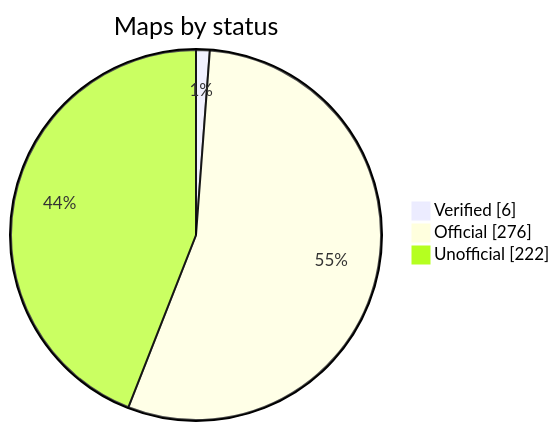
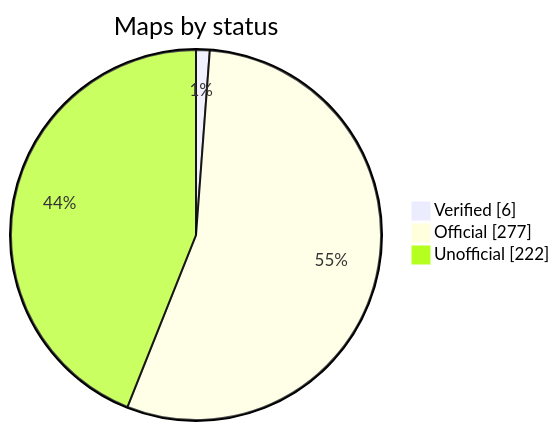
One commit to nobrega8/mbmap-library changed the diagram in README.md. Above: the diagram before and after it, drawn with Mermaid. The commit also changed 2 other files, not shown here.

Commit message:
Add the Novus N3000 map (#103)

````diff
--- a/README.md
+++ b/README.md
@@ -48,7 +48,7 @@
 ```mermaid
 pie showData
     title Maps by status
     "Verified" : 6
-    "Official" : 276
+    "Official" : 277
     "Unofficial" : 222
 ```
````
